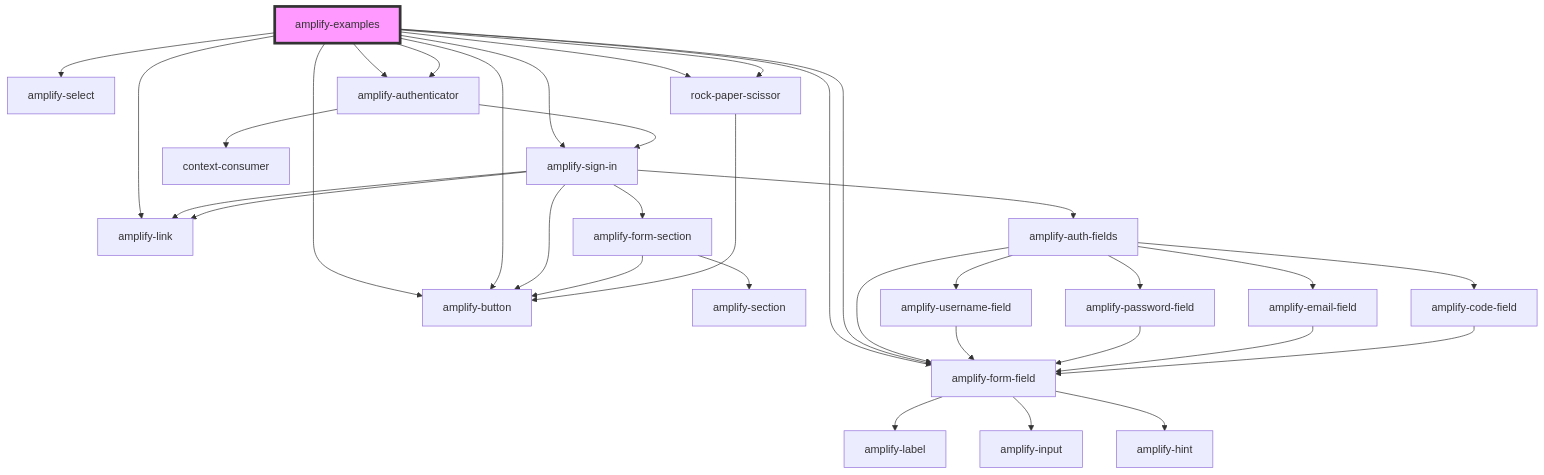
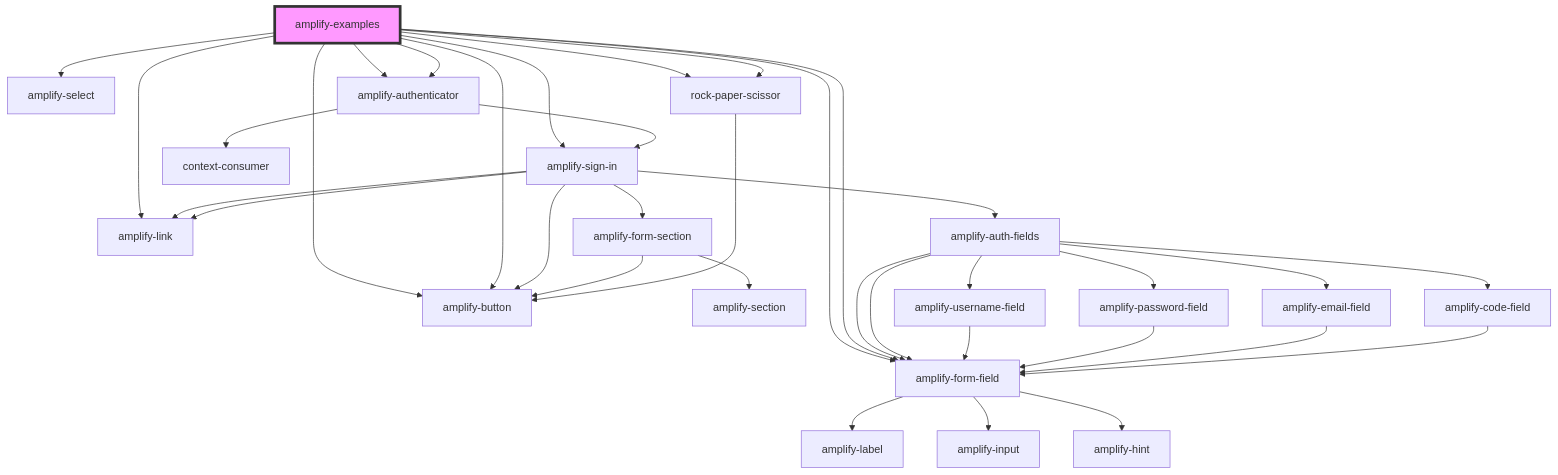
Before and after one commit to aws-amplify/amplify-js: the diagram in packages/amplify-ui-components/src/components/amplify-examples/readme.md, drawn with Mermaid. The commit also changed 4 other files, not shown here.

````diff
--- a/packages/amplify-ui-components/src/components/amplify-examples/readme.md
+++ b/packages/amplify-ui-components/src/components/amplify-examples/readme.md
@@ -25,37 +25,38 @@
 ```mermaid
 graph TD;
   amplify-examples --> amplify-sign-in
   amplify-examples --> amplify-form-field
   amplify-examples --> amplify-form-field
   amplify-examples --> amplify-select
   amplify-examples --> amplify-button
   amplify-examples --> amplify-link
   amplify-examples --> amplify-authenticator
   amplify-examples --> amplify-button
   amplify-examples --> amplify-authenticator
   amplify-examples --> rock-paper-scissor
   amplify-examples --> rock-paper-scissor
   amplify-sign-in --> amplify-form-section
   amplify-sign-in --> amplify-auth-fields
   amplify-sign-in --> amplify-link
   amplify-sign-in --> amplify-link
   amplify-sign-in --> amplify-button
   amplify-form-section --> amplify-section
   amplify-form-section --> amplify-button
   amplify-auth-fields --> amplify-username-field
   amplify-auth-fields --> amplify-password-field
   amplify-auth-fields --> amplify-email-field
   amplify-auth-fields --> amplify-code-field
   amplify-auth-fields --> amplify-form-field
+  amplify-auth-fields --> amplify-form-field
   amplify-username-field --> amplify-form-field
   amplify-form-field --> amplify-label
   amplify-form-field --> amplify-input
   amplify-form-field --> amplify-hint
   amplify-password-field --> amplify-form-field
   amplify-email-field --> amplify-form-field
   amplify-code-field --> amplify-form-field
   amplify-authenticator --> amplify-sign-in
   amplify-authenticator --> context-consumer
   rock-paper-scissor --> amplify-button
   style amplify-examples fill:#f9f,stroke:#333,stroke-width:4px
 ```
````
